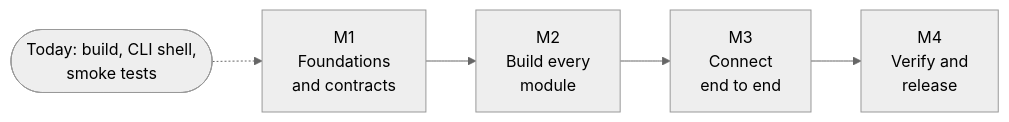
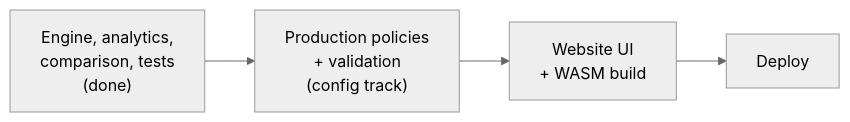
Before and after one commit to Code-r4Life/CacheSim: the third of 3 diagrams in docs/OVERVIEW.md, drawn with Mermaid (neutral theme). The commit also changed other lines of this file and 9 other files, not shown here.

Commit message:
docs: add ARCHITECTURE, AGENTS, NOTICE, repo structure; align docs with website + WASM

````diff
--- a/docs/OVERVIEW.md
+++ b/docs/OVERVIEW.md
@@ -51,5 +58,4 @@
 ```mermaid
 flowchart LR
-    M1["M1<br/>Foundations<br/>and contracts"] --> M2["M2<br/>Build every<br/>module"] --> M3["M3<br/>Connect<br/>end to end"] --> M4["M4<br/>Verify and<br/>release"]
-    NOW(["Today: build, CLI shell,<br/>smoke tests"]) -.-> M1
+    E["Engine, analytics,<br/>comparison, tests<br/>(done)"] --> P["Production policies<br/>+ validation<br/>(config track)"] --> W["Website UI<br/>+ WASM build"] --> D["Deploy"]
 ```
````
